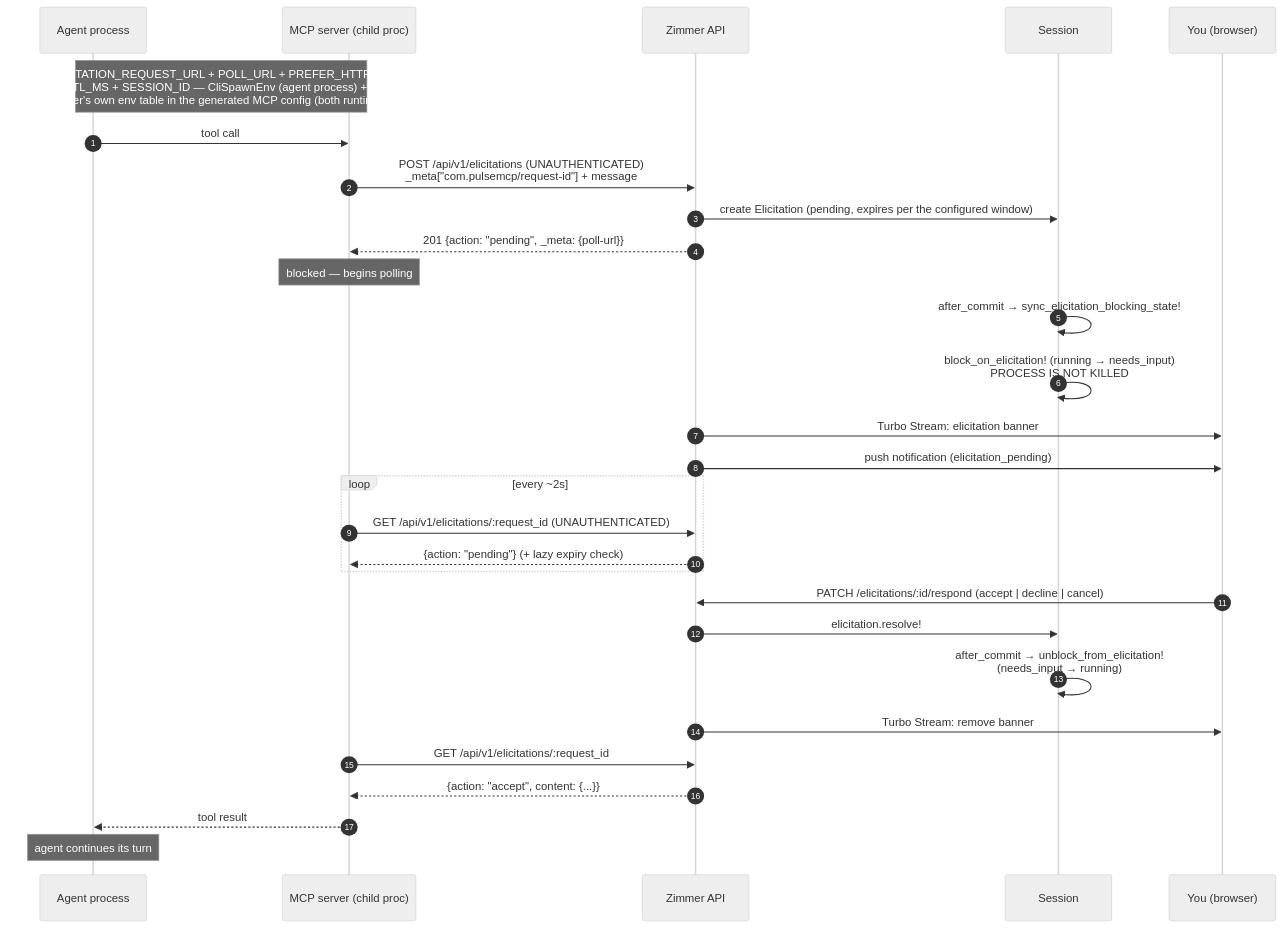
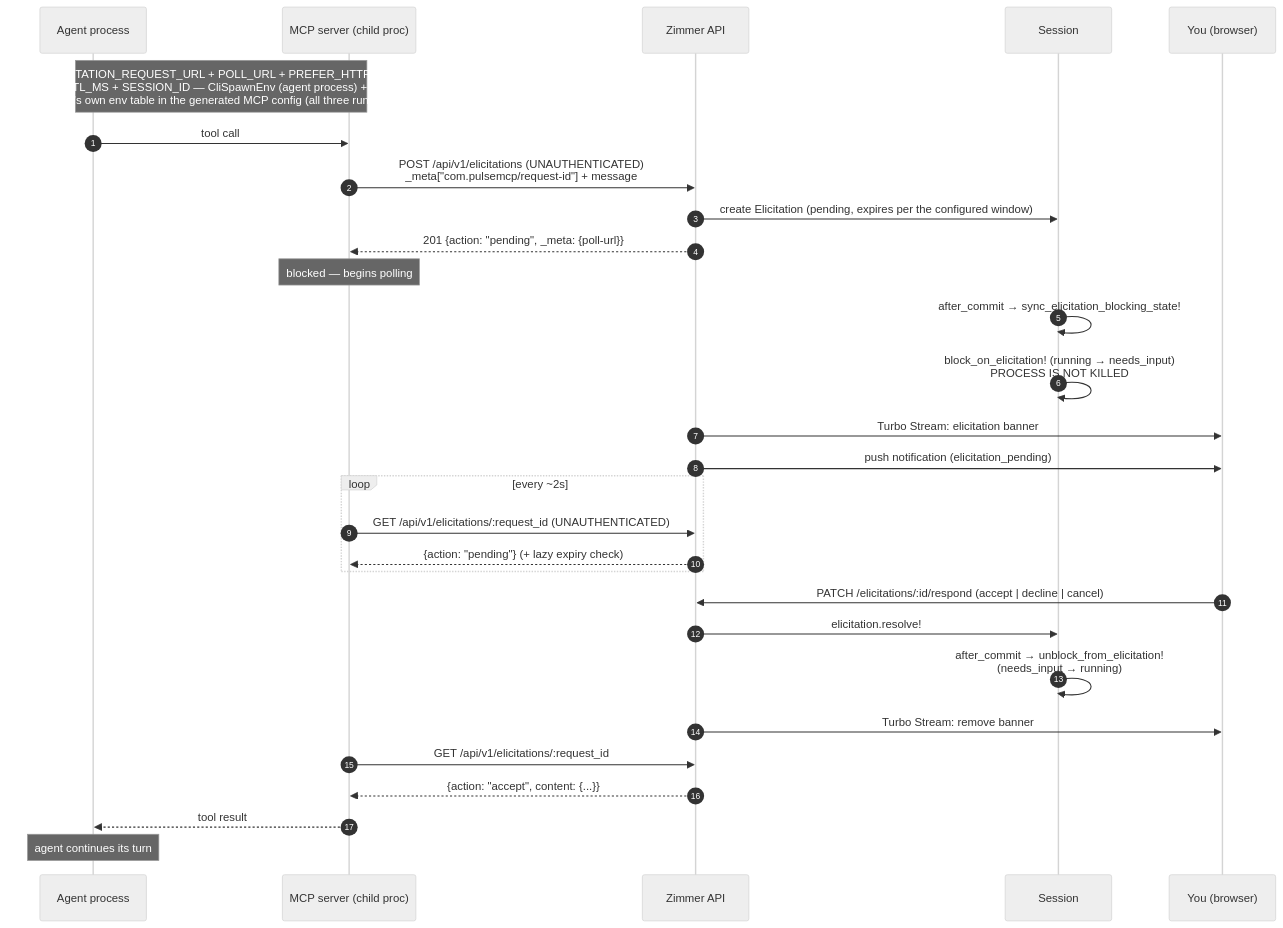
One commit to tadasant/zimmer changed the diagram in docs/src/content/docs/sessions/elicitation.md. Above: the diagram before and after it, drawn with Mermaid (neutral theme). The commit also changed 10 other files, not shown here.

````diff
--- a/docs/src/content/docs/sessions/elicitation.md
+++ b/docs/src/content/docs/sessions/elicitation.md
@@ -18,34 +18,34 @@
 ```mermaid
 sequenceDiagram
     autonumber
     participant P as Agent process
     participant M as MCP server (child proc)
     participant Z as Zimmer API
     participant S as Session
     participant U as You (browser)
 
-    Note over P,M: spawn: ELICITATION_REQUEST_URL + POLL_URL + PREFER_HTTP_FALLBACK<br/>+ TTL_MS + SESSION_ID — CliSpawnEnv (agent process) + the<br/>server's own env table in the generated MCP config (both runtimes)
+    Note over P,M: spawn: ELICITATION_REQUEST_URL + POLL_URL + PREFER_HTTP_FALLBACK<br/>+ TTL_MS + SESSION_ID — CliSpawnEnv (agent process) + the<br/>server's own env table in the generated MCP config (all three runtimes)
     P->>M: tool call
     M->>Z: POST /api/v1/elicitations (UNAUTHENTICATED)<br/>_meta["com.pulsemcp/request-id"] + message
     Z->>S: create Elicitation (pending, expires per the configured window)
     Z-->>M: 201 {action: "pending", _meta: {poll-url}}
     Note over M: blocked — begins polling
     S->>S: after_commit → sync_elicitation_blocking_state!
     S->>S: block_on_elicitation! (running → needs_input)<br/>PROCESS IS NOT KILLED
     Z->>U: Turbo Stream: elicitation banner
     Z->>U: push notification (elicitation_pending)
 
     loop every ~2s
         M->>Z: GET /api/v1/elicitations/:request_id (UNAUTHENTICATED)
         Z-->>M: {action: "pending"} (+ lazy expiry check)
     end
 
     U->>Z: PATCH /elicitations/:id/respond (accept | decline | cancel)
     Z->>S: elicitation.resolve!
     S->>S: after_commit → unblock_from_elicitation!<br/>(needs_input → running)
     Z->>U: Turbo Stream: remove banner
     M->>Z: GET /api/v1/elicitations/:request_id
     Z-->>M: {action: "accept", content: {...}}
     M-->>P: tool result
     Note over P: agent continues its turn
 ```
````
